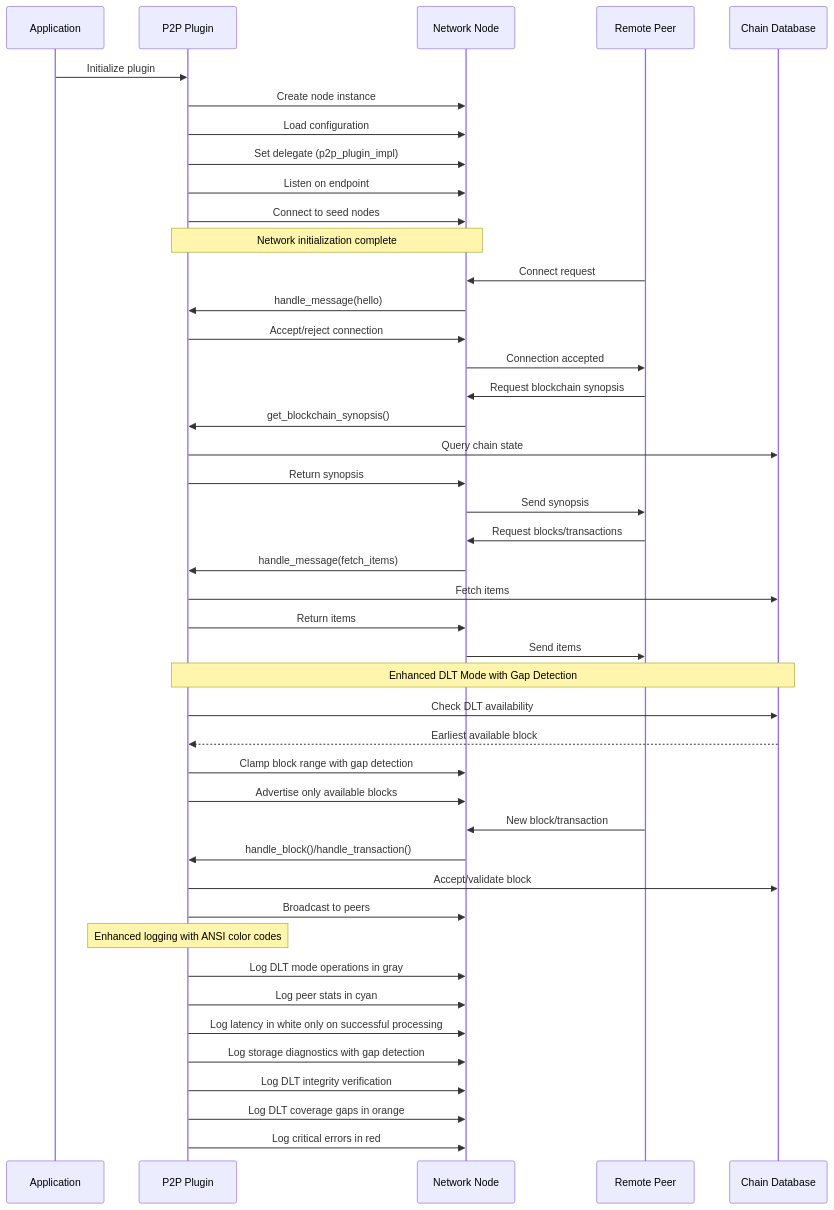
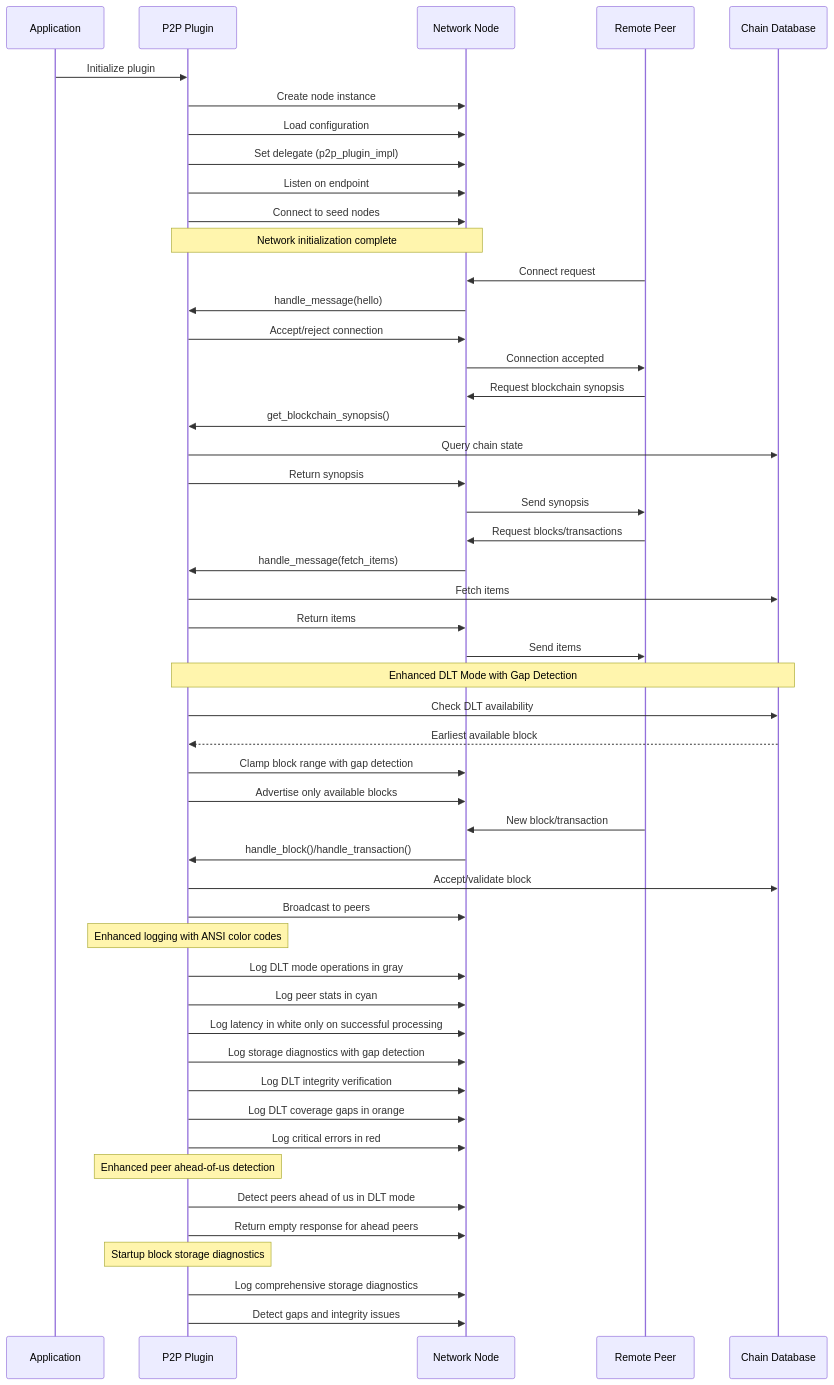
Before and after one commit to VIZ-Blockchain/viz-cpp-node: the fourth of 43 diagrams in .qoder/repowiki/en/content/P2p Plugin.md, drawn with Mermaid. The commit also changed other lines of this file and 2 other files, not shown here.

First line of the commit message:
feat(dlt): enhance DLT block log and p2p plugin with gap detection and Windows support

````diff
--- a/.qoder/repowiki/en/content/P2p Plugin.md
+++ b/.qoder/repowiki/en/content/P2p Plugin.md
@@ -232,46 +236,52 @@
 ```mermaid
 sequenceDiagram
 participant App as Application
 participant P2P as P2P Plugin
 participant Node as Network Node
 participant Peer as Remote Peer
 participant Chain as Chain Database
 App->>P2P : Initialize plugin
 P2P->>Node : Create node instance
 P2P->>Node : Load configuration
 P2P->>Node : Set delegate (p2p_plugin_impl)
 P2P->>Node : Listen on endpoint
 P2P->>Node : Connect to seed nodes
 Note over P2P,Node : Network initialization complete
 Peer->>Node : Connect request
 Node->>P2P : handle_message(hello)
 P2P->>Node : Accept/reject connection
 Node->>Peer : Connection accepted
 Peer->>Node : Request blockchain synopsis
 Node->>P2P : get_blockchain_synopsis()
 P2P->>Chain : Query chain state
 P2P->>Node : Return synopsis
 Node->>Peer : Send synopsis
 Peer->>Node : Request blocks/transactions
 Node->>P2P : handle_message(fetch_items)
 P2P->>Chain : Fetch items
 P2P->>Node : Return items
 Node->>Peer : Send items
 Note over P2P,Chain : Enhanced DLT Mode with Gap Detection
 P2P->>Chain : Check DLT availability
 Chain-->>P2P : Earliest available block
 P2P->>Node : Clamp block range with gap detection
 P2P->>Node : Advertise only available blocks
 Peer->>Node : New block/transaction
 Node->>P2P : handle_block()/handle_transaction()
 P2P->>Chain : Accept/validate block
 P2P->>Node : Broadcast to peers
 Note over P2P : Enhanced logging with ANSI color codes
 P2P->>Node : Log DLT mode operations in gray
 P2P->>Node : Log peer stats in cyan
 P2P->>Node : Log latency in white only on successful processing
 P2P->>Node : Log storage diagnostics with gap detection
 P2P->>Node : Log DLT integrity verification
 P2P->>Node : Log DLT coverage gaps in orange
 P2P->>Node : Log critical errors in red
+Note over P2P : Enhanced peer ahead-of-us detection
+P2P->>Node : Detect peers ahead of us in DLT mode
+P2P->>Node : Return empty response for ahead peers
+Note over P2P : Startup block storage diagnostics
+P2P->>Node : Log comprehensive storage diagnostics
+P2P->>Node : Detect gaps and integrity issues
 ```
````
